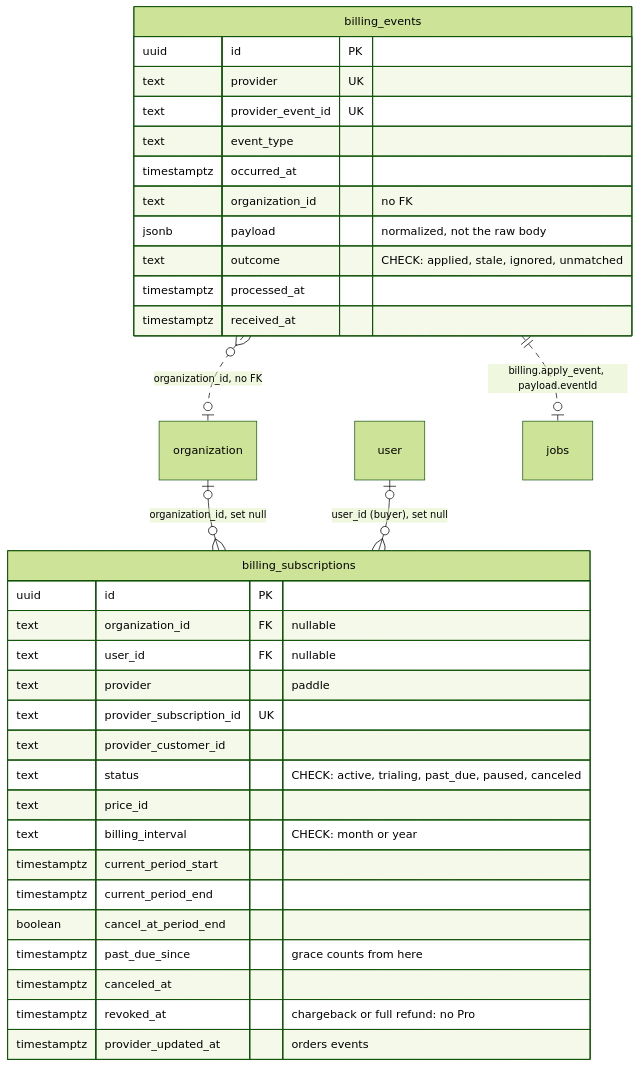
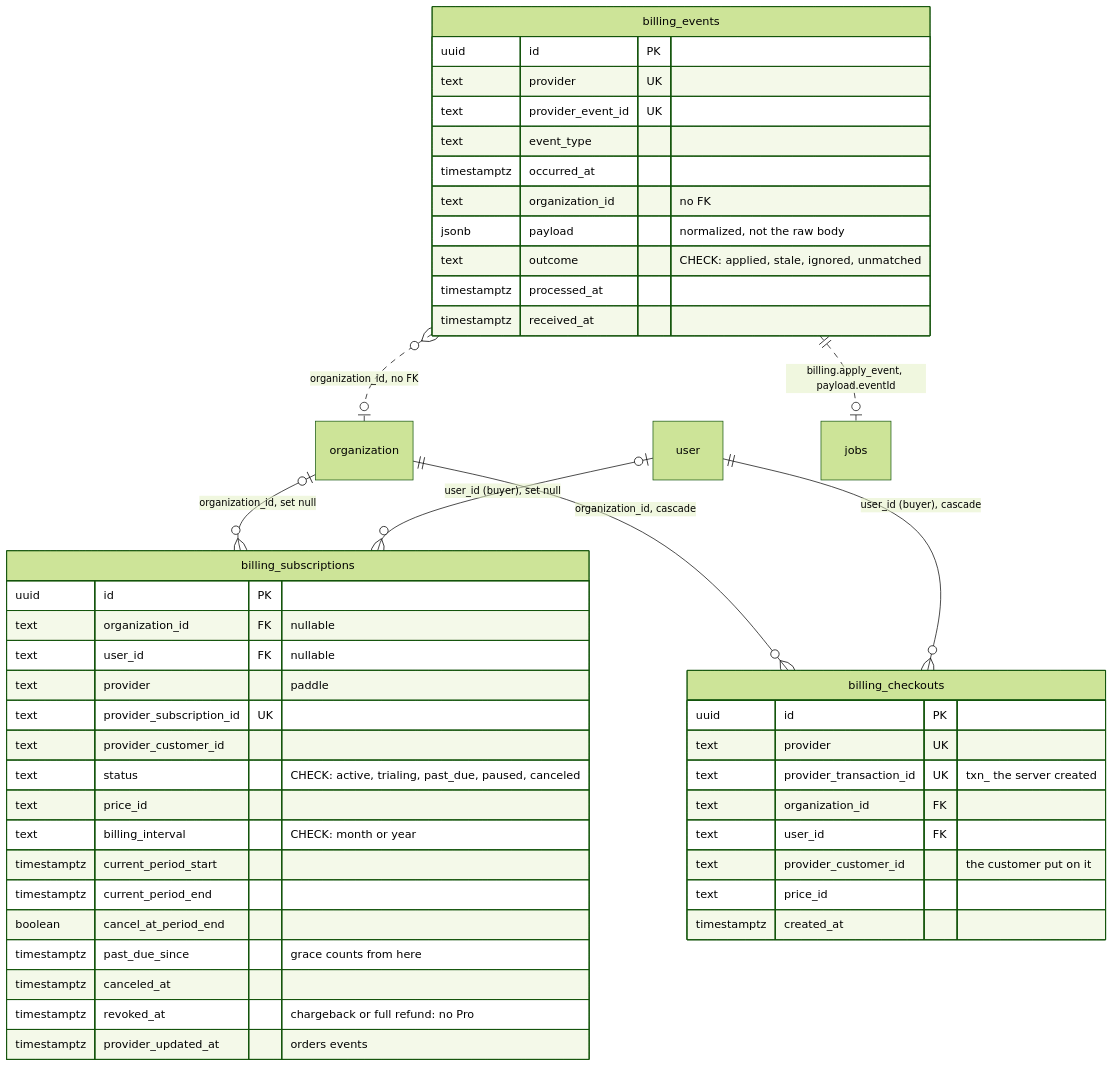
Before and after one commit to bhimrazy/receipt-ocr-app: the fifth of 6 diagrams in docs/architecture/data-model.md, drawn with Mermaid (forest theme). The commit also changed other lines of this file and 9 other files, not shown here.

Commit message:
feat(db): add billing_checkouts and validate the 0003 checks (migration 0004)

````diff
--- a/docs/architecture/data-model.md
+++ b/docs/architecture/data-model.md
@@ -327,38 +327,50 @@
 ```mermaid
 erDiagram
   organization |o--o{ billing_subscriptions : "organization_id, set null"
   user |o--o{ billing_subscriptions : "user_id (buyer), set null"
+  organization ||--o{ billing_checkouts : "organization_id, cascade"
+  user ||--o{ billing_checkouts : "user_id (buyer), cascade"
   billing_events }o..o| organization : "organization_id, no FK"
   billing_events ||..o| jobs : "billing.apply_event, payload.eventId"
 
   billing_subscriptions {
     uuid id PK
     text organization_id FK "nullable"
     text user_id FK "nullable"
     text provider "paddle"
     text provider_subscription_id UK
     text provider_customer_id
     text status "CHECK: active, trialing, past_due, paused, canceled"
     text price_id
     text billing_interval "CHECK: month or year"
     timestamptz current_period_start
     timestamptz current_period_end
     boolean cancel_at_period_end
     timestamptz past_due_since "grace counts from here"
     timestamptz canceled_at
     timestamptz revoked_at "chargeback or full refund: no Pro"
     timestamptz provider_updated_at "orders events"
   }
+  billing_checkouts {
+    uuid id PK
+    text provider UK
+    text provider_transaction_id UK "txn_ the server created"
+    text organization_id FK
+    text user_id FK
+    text provider_customer_id "the customer put on it"
+    text price_id
+    timestamptz created_at
+  }
   billing_events {
     uuid id PK
     text provider UK
     text provider_event_id UK
     text event_type
     timestamptz occurred_at
     text organization_id "no FK"
     jsonb payload "normalized, not the raw body"
     text outcome "CHECK: applied, stale, ignored, unmatched"
     timestamptz processed_at
     timestamptz received_at
   }
 ```
````
